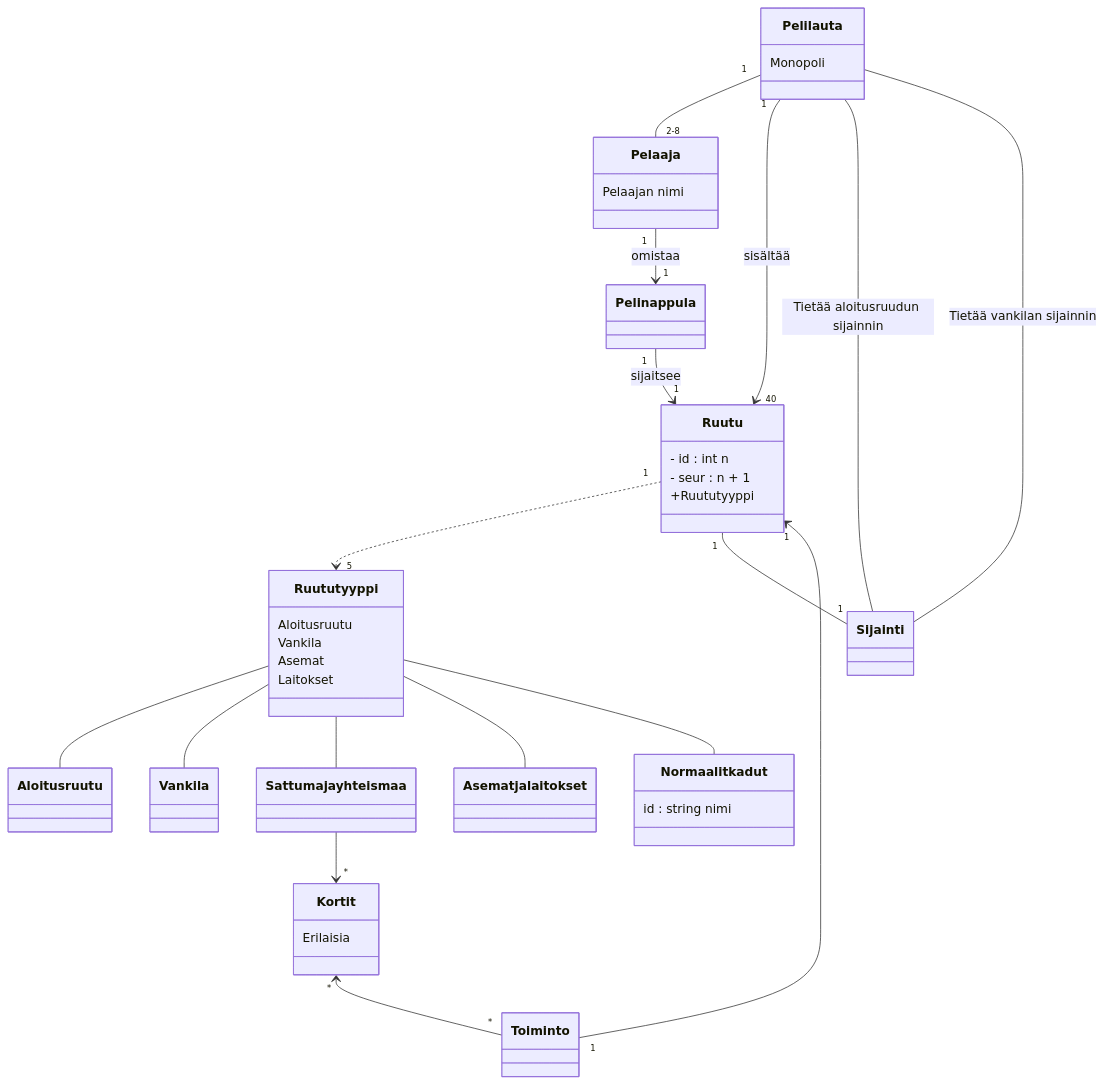
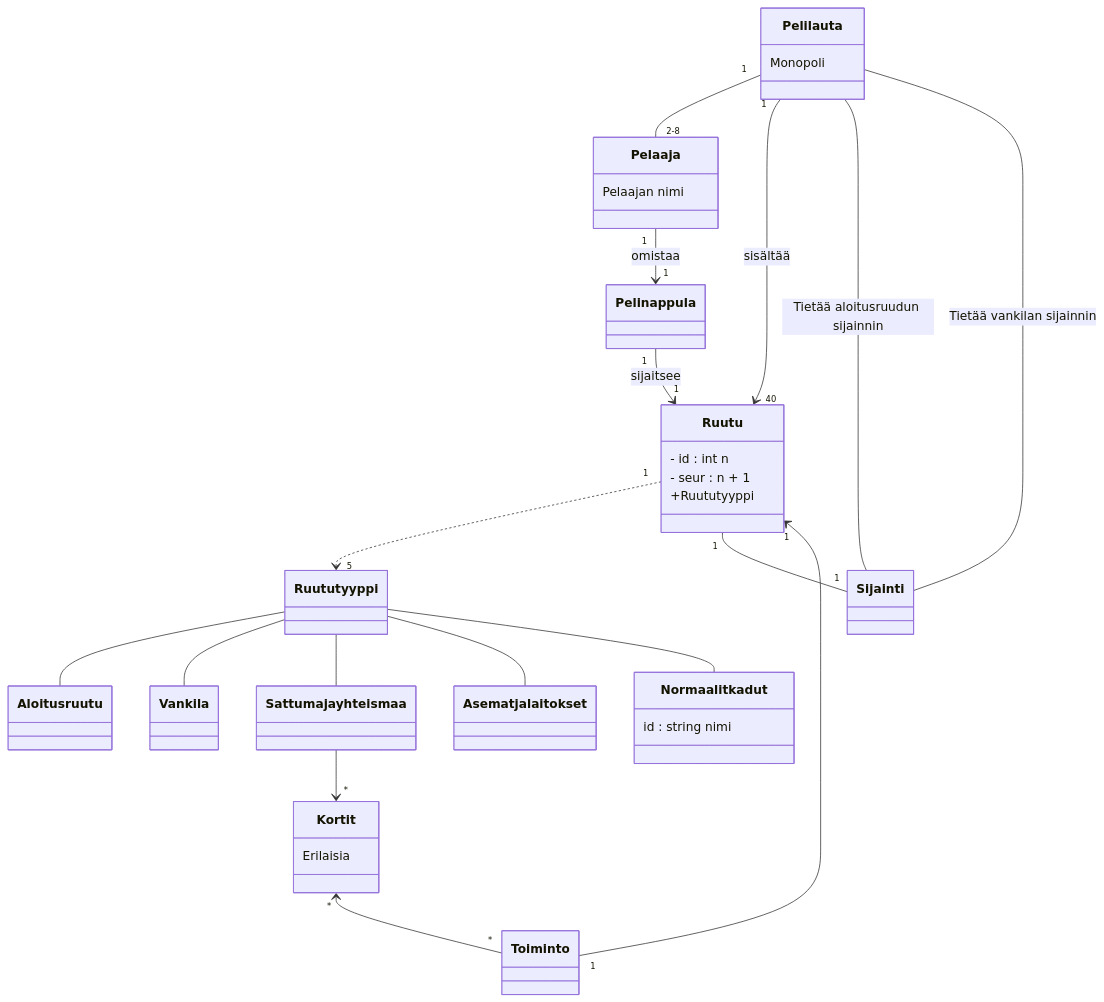
Before and after one commit to brotholi/ot-harjoitustyo: the diagram in laskarit/viikko3/monopoli.md, drawn with Mermaid.

````diff
--- a/laskarit/viikko3/monopoli.md
+++ b/laskarit/viikko3/monopoli.md
@@ -1,78 +1,70 @@
 ```mermaid
  classDiagram
     
     
     class Pelaaja {
         Pelaajan nimi
     }
 
     class Pelilauta {
      Monopoli 
     }
     
     
     class Ruutu {
     - id : int n
     - seur : n + 1
      +Ruututyyppi 
     
-    }
-    
-    class Ruututyyppi {
-     Aloitusruutu
-     Vankila
-     Asemat
-     Laitokset
-   
     }
     
     
 
     class Normaalit kadut {
     id : string nimi
     }
          
     class Pelinappula {
     }
     
     class Toiminto {
     
     }
     
     class Kortit {
     Erilaisia
     
     }
     
 
     Pelilauta "1" -- "2-8" Pelaaja
 
     Pelaaja "1" --> "1" Pelinappula : omistaa
     Pelilauta "1" --> "40" Ruutu : sisältää
     Pelinappula "1" --> "1" Ruutu : sijaitsee
 
     Ruutu "1" ..> "5" Ruututyyppi 
     
     Ruututyyppi -- Aloitusruutu
     Ruututyyppi -- Vankila
     Ruututyyppi -- Sattuma ja yhteismaa
     Ruututyyppi -- Asemat ja laitokset
     Ruututyyppi -- Normaalit kadut
 
 
     Sattuma ja yhteismaa --> "*" Kortit
     
     Ruutu "1" -- "1" Sijainti
     
     Pelilauta -- Sijainti : Tietää aloitusruudun sijainnin
     Pelilauta -- Sijainti : Tietää vankilan sijainnin
     
     Ruutu "1" <-- "1" Toiminto
     
     Kortit "*" <-- "*" Toiminto
     
     
 
 
     
 ```
````
